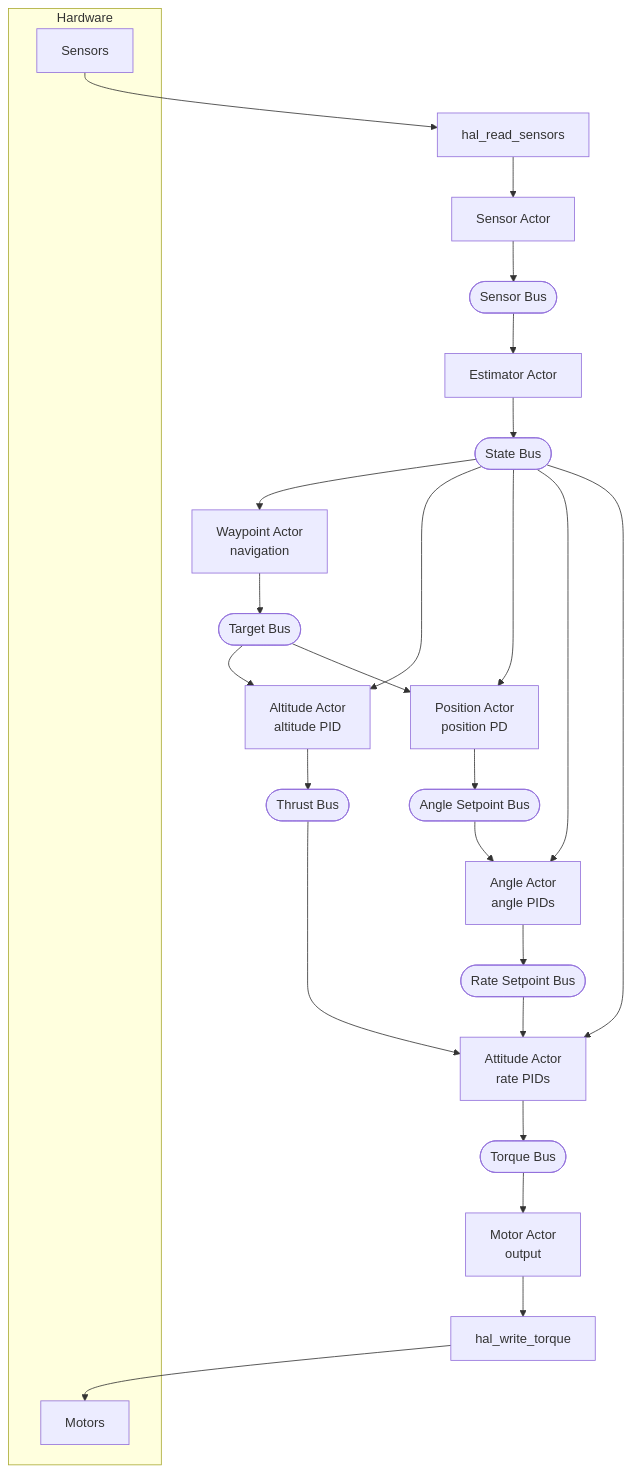
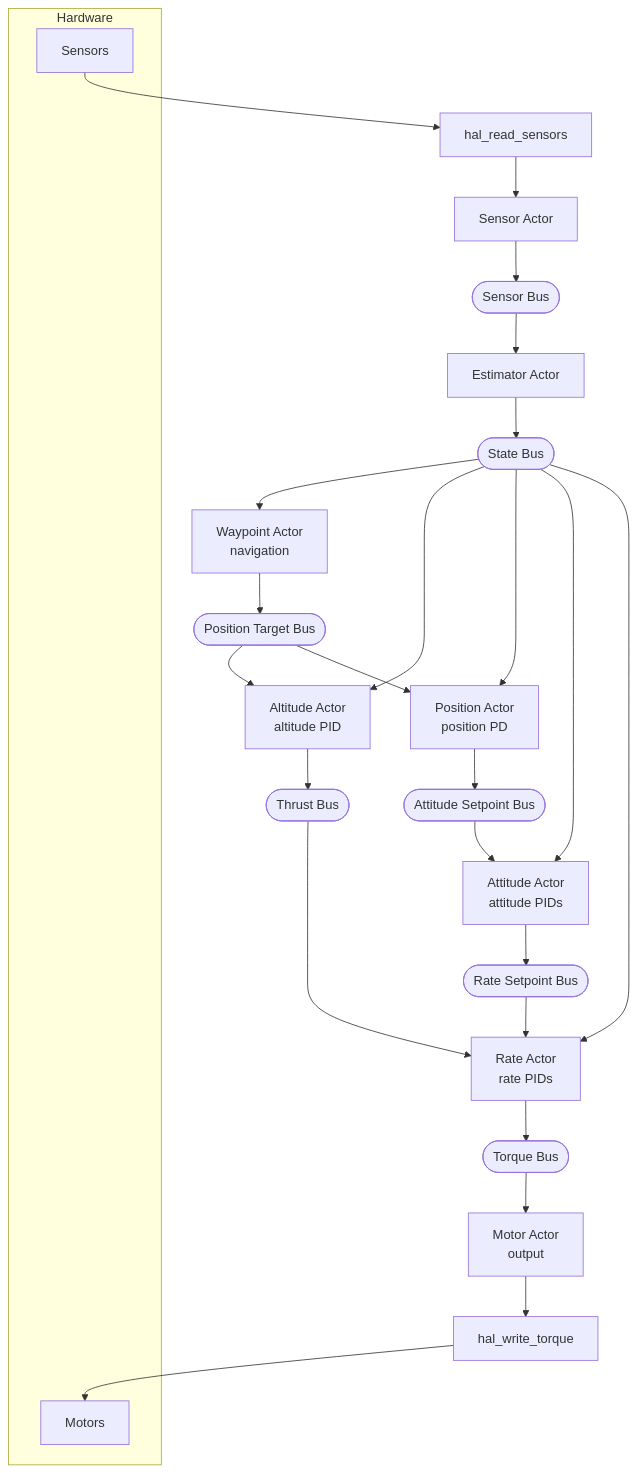
Before and after one commit to joagre/rt: the second of 3 diagrams in examples/pilot/SPEC.md, drawn with Mermaid. The commit also changed other lines of this file and 18 other files, not shown here.

````diff
--- a/examples/pilot/SPEC.md
+++ b/examples/pilot/SPEC.md
@@ -180,36 +179,36 @@
 ```mermaid
 graph TB
     subgraph HW["Hardware"]
         Sensors[Sensors]
         Motors[Motors]
     end
 
     ReadSensors[hal_read_sensors]
     WriteTorque[hal_write_torque]
 
     Sensors --> ReadSensors --> Sensor[Sensor Actor]
     Sensor --> SensorBus([Sensor Bus])
     SensorBus --> Estimator[Estimator Actor]
     Estimator --> StateBus([State Bus])
 
     StateBus --> Waypoint[Waypoint Actor<br/>navigation]
     StateBus --> Altitude[Altitude Actor<br/>altitude PID]
     StateBus --> Position[Position Actor<br/>position PD]
-    StateBus --> Angle[Angle Actor<br/>angle PIDs]
-    StateBus --> Attitude[Attitude Actor<br/>rate PIDs]
+    StateBus --> Attitude[Attitude Actor<br/>attitude PIDs]
+    StateBus --> Rate[Rate Actor<br/>rate PIDs]
 
-    Waypoint --> TargetBus([Target Bus])
-    TargetBus --> Altitude
-    TargetBus --> Position
+    Waypoint --> PositionTargetBus([Position Target Bus])
+    PositionTargetBus --> Altitude
+    PositionTargetBus --> Position
     Altitude --> ThrustBus([Thrust Bus])
-    ThrustBus --> Attitude
-    Position --> AngleSP([Angle Setpoint Bus])
-    AngleSP --> Angle
-    Angle --> RateSP([Rate Setpoint Bus])
-    RateSP --> Attitude
+    ThrustBus --> Rate
+    Position --> AttitudeSP([Attitude Setpoint Bus])
+    AttitudeSP --> Attitude
+    Attitude --> RateSP([Rate Setpoint Bus])
+    RateSP --> Rate
 
-    Attitude --> TorqueBus([Torque Bus])
+    Rate --> TorqueBus([Torque Bus])
     TorqueBus --> Motor[Motor Actor<br/>output]
 
     Motor --> WriteTorque --> Motors
 ```
````
